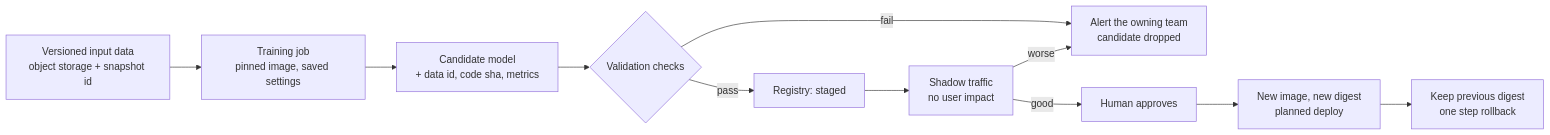
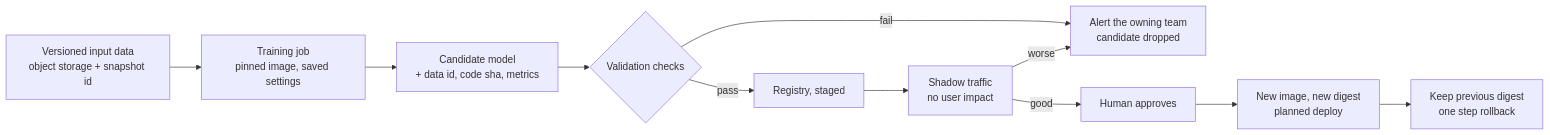
The first of 4 diagrams in docs/ARCHITECTURE.md (Fake45mar/view_model), drawn with Mermaid before and after one commit. The commit also changed other lines of this file and 1 other file, not shown here.

Commit message:
docs: fix stale metric wording, simplify diagram labels

````diff
--- a/docs/ARCHITECTURE.md
+++ b/docs/ARCHITECTURE.md
@@ -329,13 +328,13 @@
 ```mermaid
 flowchart LR
     A[Versioned input data<br/>object storage + snapshot id] --> B[Training job<br/>pinned image, saved settings]
     B --> C[Candidate model<br/>+ data id, code sha, metrics]
     C --> D{Validation checks}
     D -- fail --> E[Alert the owning team<br/>candidate dropped]
-    D -- pass --> F[Registry: staged]
+    D -- pass --> F[Registry, staged]
     F --> G[Shadow traffic<br/>no user impact]
     G -- good --> H[Human approves]
     G -- worse --> E
     H --> I[New image, new digest<br/>planned deploy]
     I --> J[Keep previous digest<br/>one step rollback]
 ```
````
